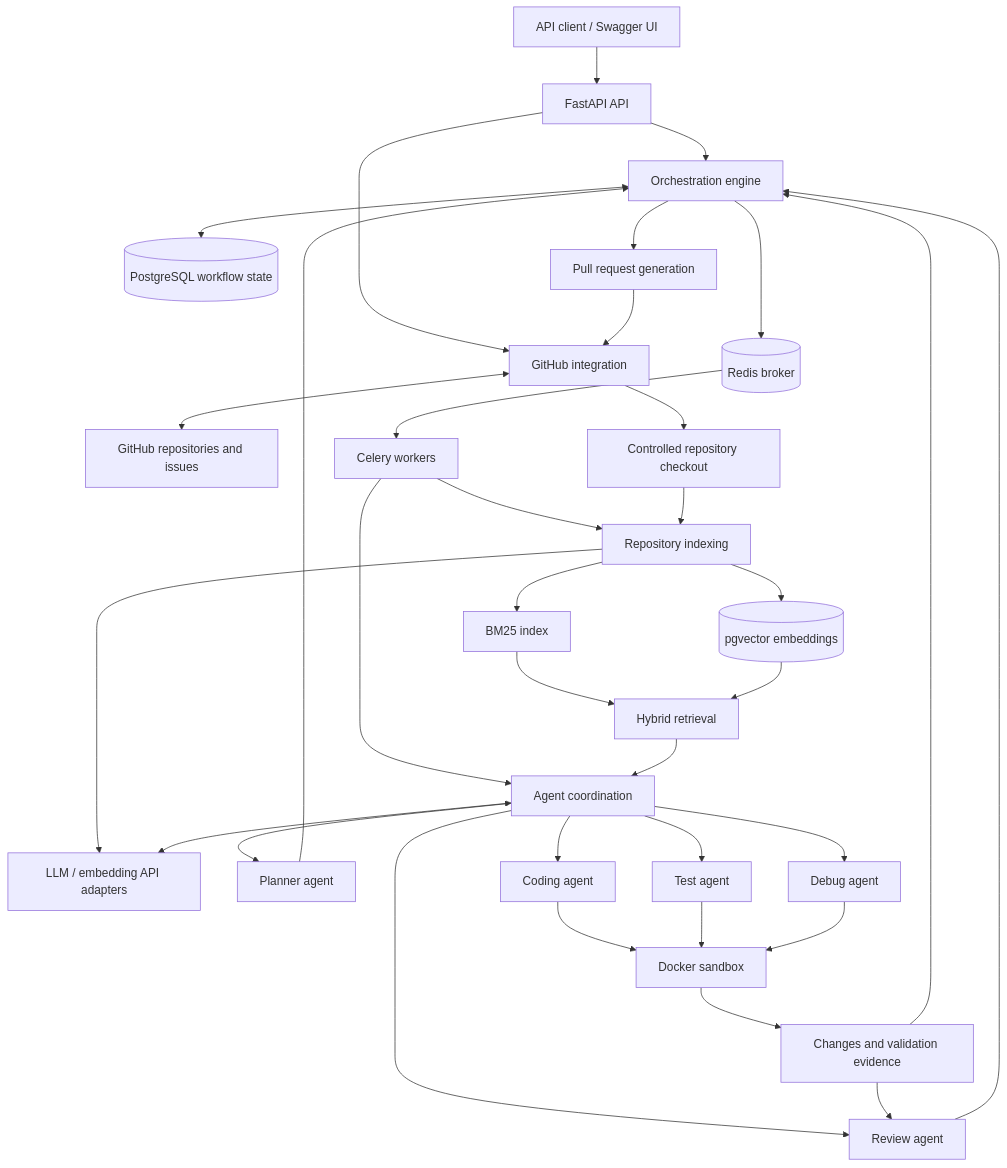
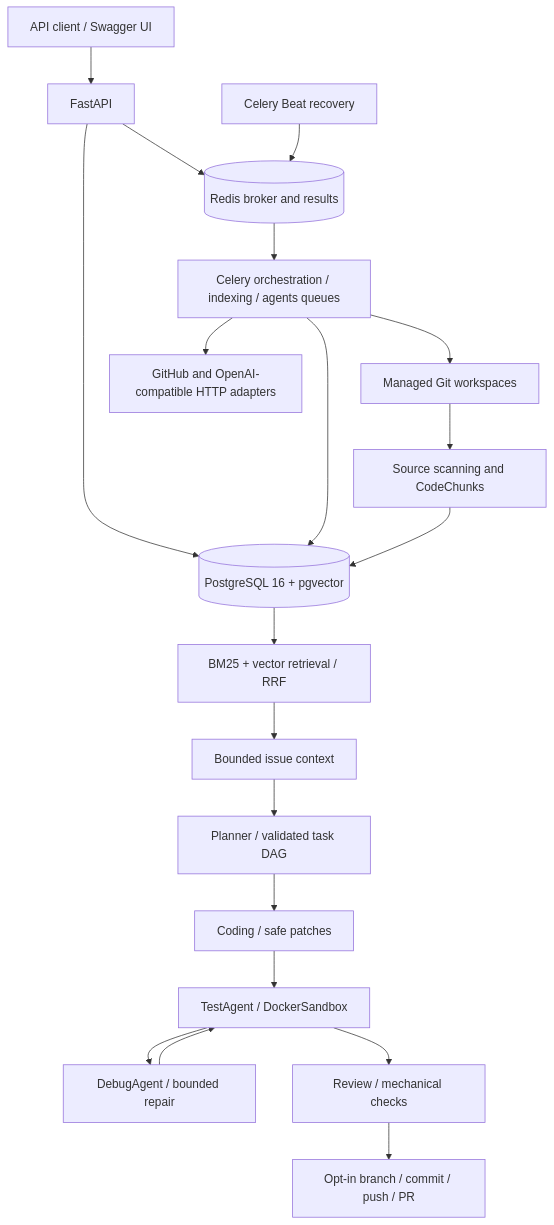
One commit to jameshwang7534/AdelieSWE changed the diagram in README.md. Above: the diagram before and after it, drawn with Mermaid. The commit also changed other lines of this file and 3 other files, not shown here.

Commit message:
align setup and architecture with implemented platform

````diff
--- a/README.md
+++ b/README.md
@@ -63,36 +9,22 @@
 ```mermaid
 flowchart TD
-    Client[API client / Swagger UI] --> API[FastAPI API]
-    API --> Orchestrator[Orchestration engine]
-    API --> GitHub[GitHub integration]
-    GitHub <--> Remote[GitHub repositories and issues]
-    Orchestrator <--> DB[(PostgreSQL workflow state)]
-    Orchestrator --> Redis[(Redis broker)]
-    Redis --> Workers[Celery workers]
-    Workers --> Indexer[Repository indexing]
-    GitHub --> Checkout[Controlled repository checkout]
-    Checkout --> Indexer
-    Indexer --> BM25[BM25 index]
-    Indexer --> Vectors[(pgvector embeddings)]
-    Indexer --> Models[LLM / embedding API adapters]
-    BM25 --> Retrieval[Hybrid retrieval]
-    Vectors --> Retrieval
-    Workers --> Agents[Agent coordination]
-    Retrieval --> Agents
-    Agents --> Planner[Planner agent]
-    Agents --> Coding[Coding agent]
-    Agents --> Test[Test agent]
-    Agents --> Debug[Debug agent]
-    Agents --> Review[Review agent]
-    Agents <--> Models
-    Planner --> Orchestrator
-    Coding --> Sandbox[Docker sandbox]
-    Test --> Sandbox
-    Debug --> Sandbox
-    Sandbox --> Evidence[Changes and validation evidence]
-    Evidence --> Review
-    Evidence --> Orchestrator
-    Review --> Orchestrator
-    Orchestrator --> PR[Pull request generation]
-    PR --> GitHub
+    Client[API client / Swagger UI] --> API[FastAPI]
+    API --> DB[(PostgreSQL 16 + pgvector)]
+    API --> Broker[(Redis broker and results)]
+    Beat[Celery Beat recovery] --> Broker
+    Broker --> Workers[Celery orchestration / indexing / agents queues]
+    Workers --> DB
+    Workers --> Git[Managed Git workspaces]
+    Git --> Index[Source scanning and CodeChunks]
+    Index --> DB
+    DB --> Retrieval[BM25 + vector retrieval / RRF]
+    Retrieval --> Context[Bounded issue context]
+    Context --> Planner[Planner / validated task DAG]
+    Planner --> Coding[Coding / safe patches]
+    Coding --> Tests[TestAgent / DockerSandbox]
+    Tests --> Debug[DebugAgent / bounded repair]
+    Debug --> Tests
+    Tests --> Review[Review / mechanical checks]
+    Review --> PR[Opt-in branch / commit / push / PR]
+    Workers --> Providers[GitHub and OpenAI-compatible HTTP adapters]
 ```
````
